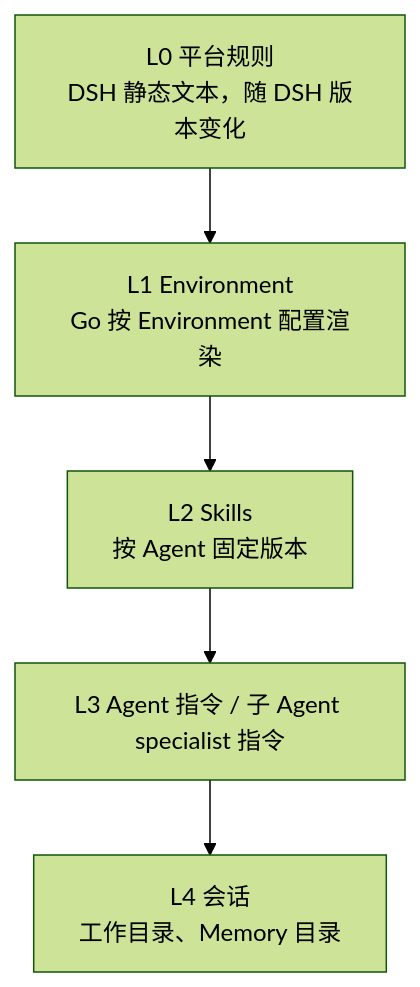
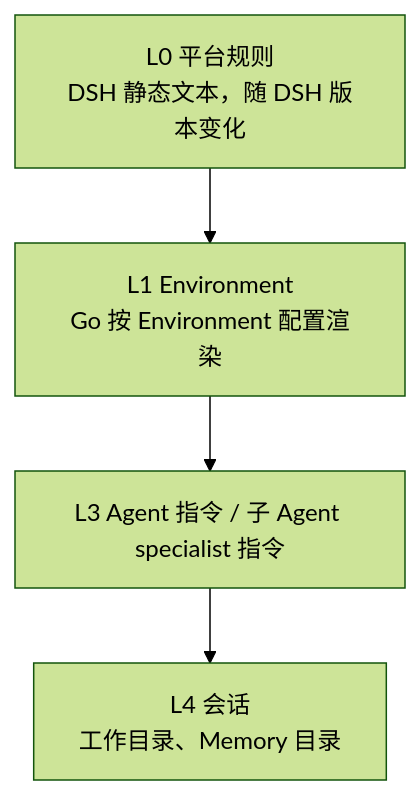
Before and after one commit to superduck-ai/open-managed-agents: the diagram in docs/design/be/agent-system-prompt.md, drawn with Mermaid (forest theme). The commit also changed other lines of this file and 31 other files, not shown here.

````diff
--- a/docs/design/be/agent-system-prompt.md
+++ b/docs/design/be/agent-system-prompt.md
@@ -9,8 +9,7 @@
 ```mermaid
 flowchart TB
   L0["L0 平台规则<br/>DSH 静态文本，随 DSH 版本变化"] --> L1
-  L1["L1 Environment<br/>Go 按 Environment 配置渲染"] --> L2
-  L2["L2 Skills<br/>按 Agent 固定版本"] --> L3
+  L1["L1 Environment<br/>Go 按 Environment 配置渲染"] --> L3
   L3["L3 Agent 指令 / 子 Agent specialist 指令"] --> L4
   L4["L4 会话<br/>工作目录、Memory 目录"]
 ```
````
